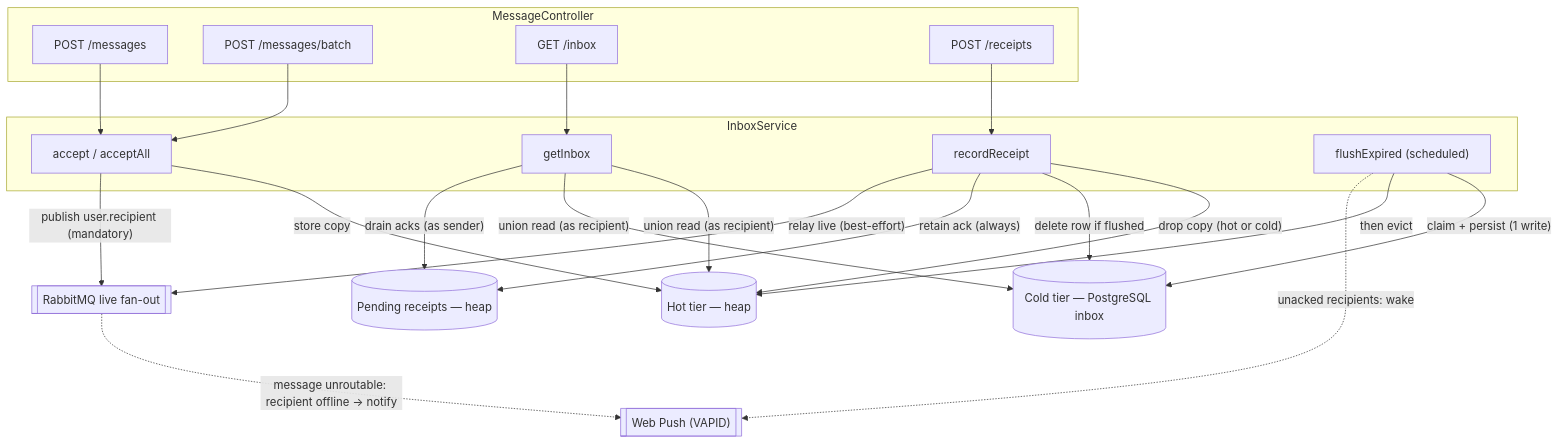
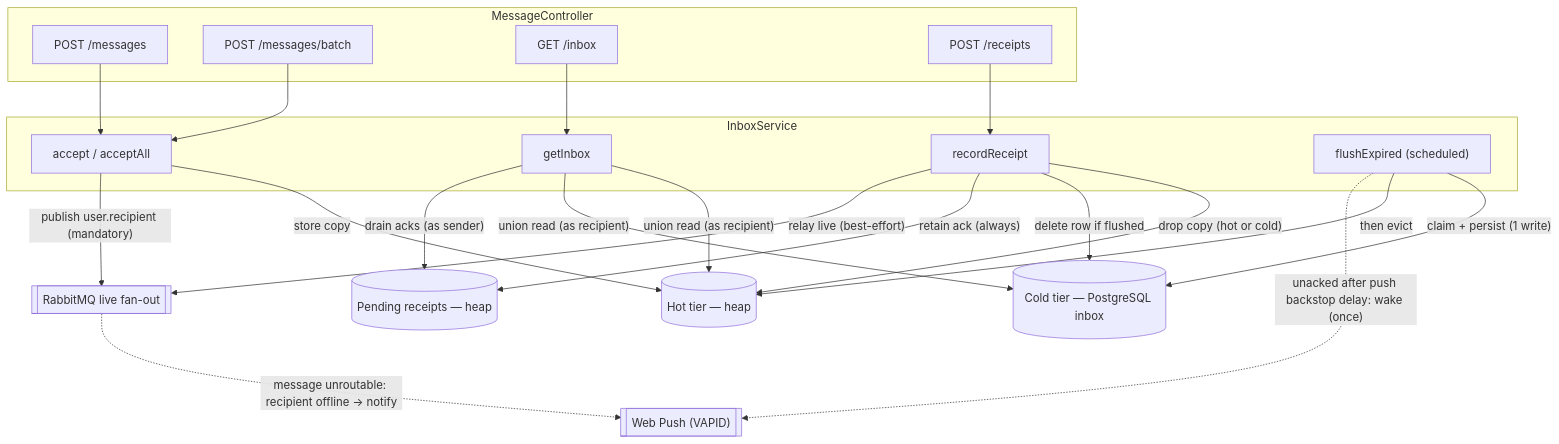
Before and after one commit to olshanskyev/fourletters-meta: the first of 4 diagrams in doc/algorithms/messages-lifecycle.md, drawn with Mermaid. The commit also changed other lines of this file and 8 other files, not shown here.

````diff
--- a/doc/algorithms/messages-lifecycle.md
+++ b/doc/algorithms/messages-lifecycle.md
@@ -29,44 +29,44 @@
 ```mermaid
 flowchart TD
     subgraph Controller [MessageController]
         P1["POST /messages"]
         P2["POST /messages/batch"]
         G1["GET /inbox"]
         R1["POST /receipts"]
     end
 
     subgraph Service [InboxService]
         Acc["accept / acceptAll"]
         Inb["getInbox"]
         Rec["recordReceipt"]
         Flush["flushExpired (scheduled)"]
     end
 
     Hot[("Hot tier — heap")]
     Cold[("Cold tier — PostgreSQL inbox")]
     PR[("Pending receipts — heap")]
     MQ[["RabbitMQ live fan-out"]]
     Push[["Web Push (VAPID)"]]
 
     P1 --> Acc
     P2 --> Acc
     G1 --> Inb
     R1 --> Rec
 
     Acc -->|store copy| Hot
     Acc -->|"publish user.recipient (mandatory)"| MQ
 
     Flush -->|"claim + persist (1 write)"| Cold
     Flush -->|then evict| Hot
-    Flush -.->|"unacked recipients: wake"| Push
+    Flush -.->|"unacked after push backstop delay: wake (once)"| Push
 
     Rec -->|"drop copy (hot or cold)"| Hot
     Rec -->|"delete row if flushed"| Cold
     Rec -->|"retain ack (always)"| PR
     Rec -->|"relay live (best-effort)"| MQ
     MQ -.->|"message unroutable: recipient offline → notify"| Push
 
     Inb -->|"union read (as recipient)"| Hot
     Inb -->|"union read (as recipient)"| Cold
     Inb -->|"drain acks (as sender)"| PR
 ```
````
